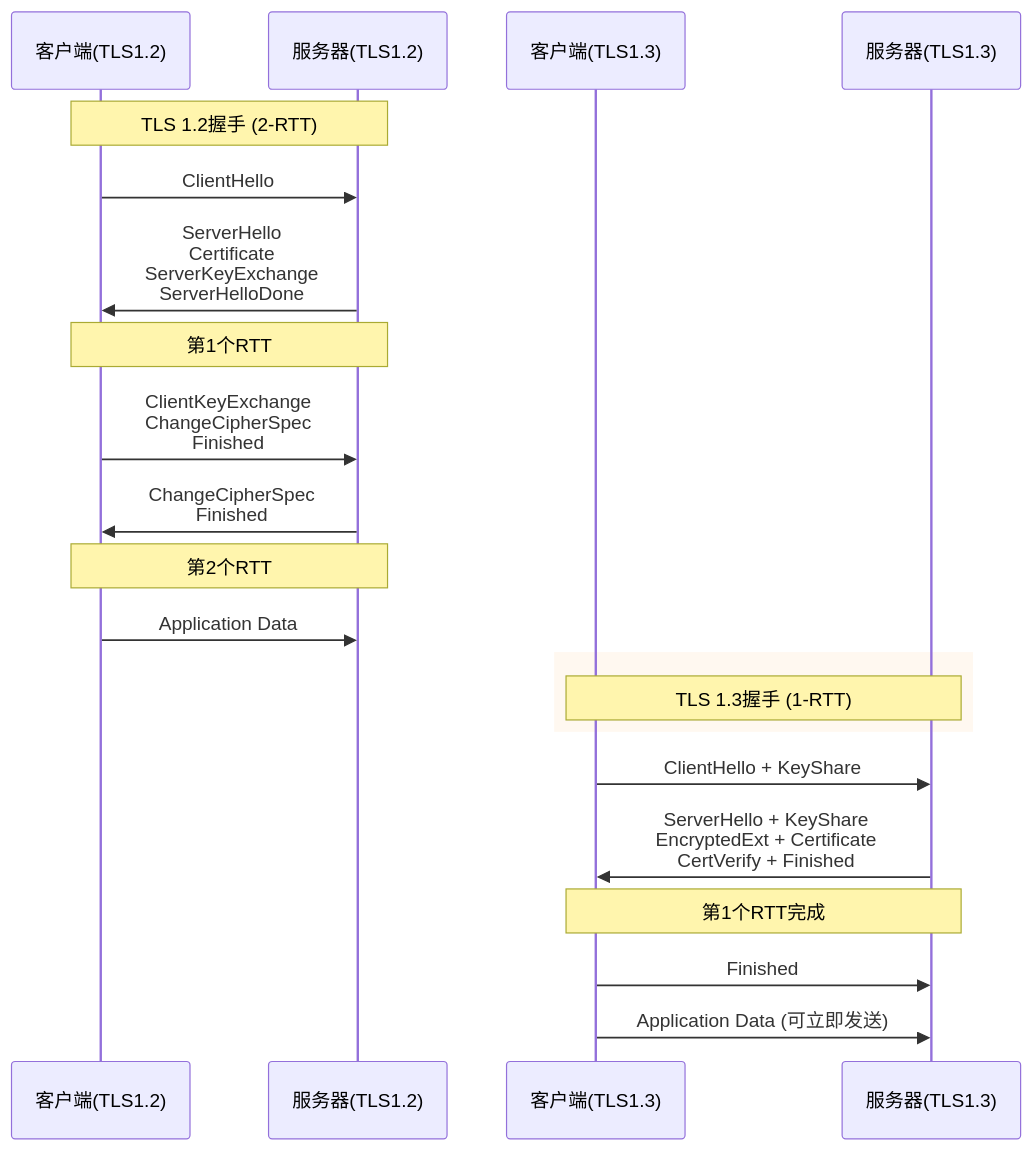
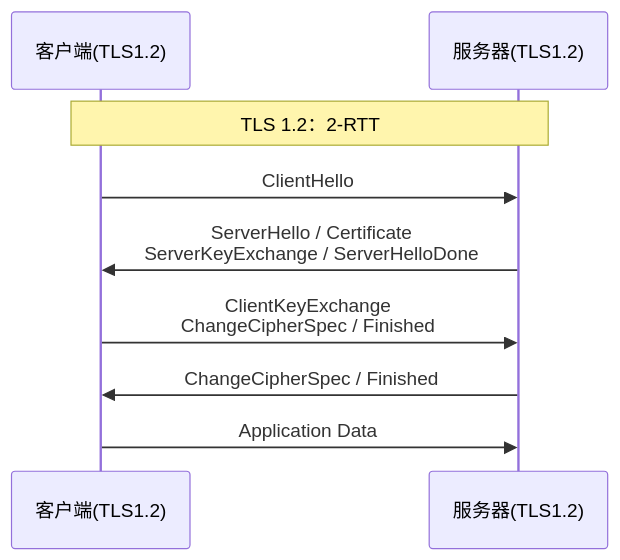
One commit to Dtheme/CS-base changed the eighth of 11 diagrams in 计算机网络/3.7传输层：现代传输技术.md. Above: the diagram before and after it, drawn with Mermaid. The commit also changed other lines of this file and 51 other files, not shown here.

````diff
--- a/计算机网络/3.7传输层：现代传输技术.md
+++ b/计算机网络/3.7传输层：现代传输技术.md
@@ -510,30 +344,12 @@
 ```mermaid
 sequenceDiagram
     participant C1 as 客户端(TLS1.2)
     participant S1 as 服务器(TLS1.2)
-    participant C2 as 客户端(TLS1.3)
-    participant S2 as 服务器(TLS1.3)
-    
-    Note over C1,S1: TLS 1.2握手 (2-RTT)
-    
+
+    Note over C1,S1: TLS 1.2：2-RTT
     C1->>S1: ClientHello
-    S1->>C1: ServerHello<br/>Certificate<br/>ServerKeyExchange<br/>ServerHelloDone
-    Note over C1,S1: 第1个RTT
-    
-    C1->>S1: ClientKeyExchange<br/>ChangeCipherSpec<br/>Finished
-    S1->>C1: ChangeCipherSpec<br/>Finished
-    Note over C1,S1: 第2个RTT
-    
+    S1->>C1: ServerHello / Certificate<br/>ServerKeyExchange / ServerHelloDone
+    C1->>S1: ClientKeyExchange<br/>ChangeCipherSpec / Finished
+    S1->>C1: ChangeCipherSpec / Finished
     C1->>S1: Application Data
-    
-    rect rgb(255, 248, 240)
-        Note over C2,S2: TLS 1.3握手 (1-RTT)
-    end
-    
-    C2->>S2: ClientHello + KeyShare
-    S2->>C2: ServerHello + KeyShare<br/>EncryptedExt + Certificate<br/>CertVerify + Finished
-    Note over C2,S2: 第1个RTT完成
-    
-    C2->>S2: Finished
-    C2->>S2: Application Data (可立即发送)
 ```
````
